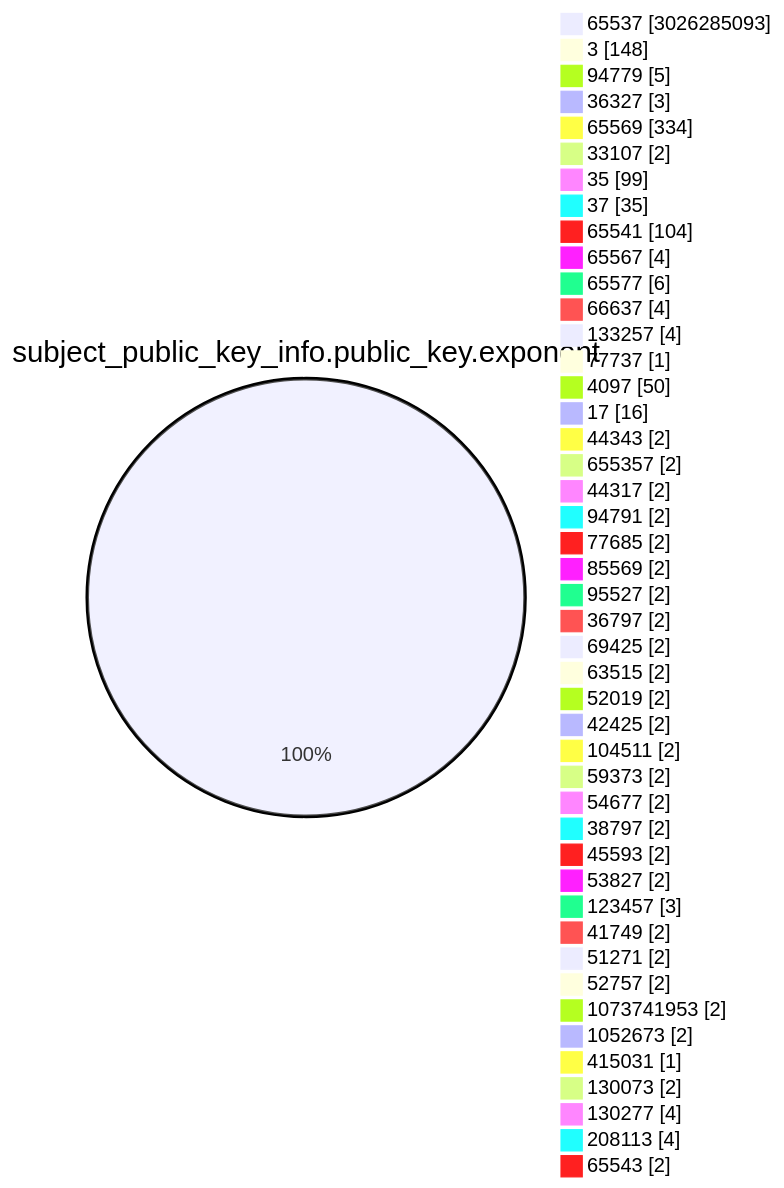
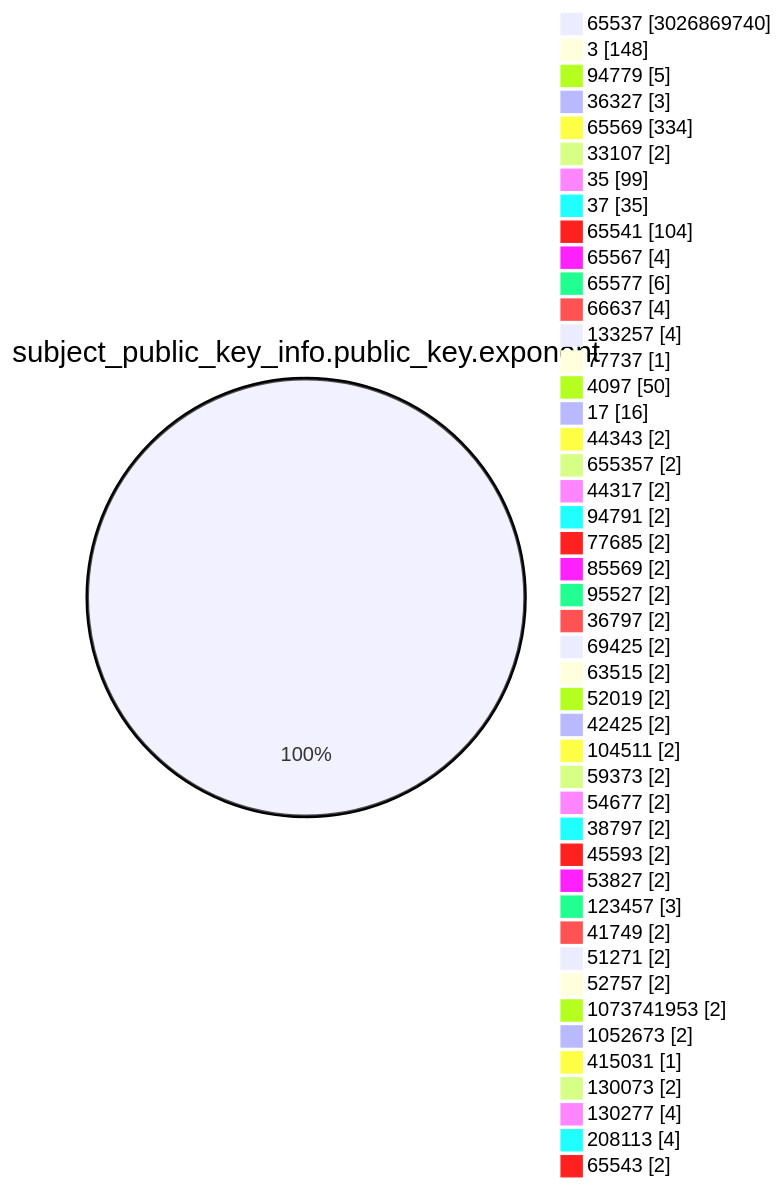
The fourth of 15 diagrams in TOTAL/README.md (christiankrug/ctmonitor_visualization), drawn with Mermaid before and after one commit. The commit also changed other lines of this file, not shown here.

````diff
--- a/TOTAL/README.md
+++ b/TOTAL/README.md
@@ -1473,49 +1473,49 @@
 ```mermaid
 pie showData
 title subject_public_key_info.public_key.exponent
-"65537" :3026285093
+"65537" :3026869740
 "3" :148
 "94779" :5
 "36327" :3
 "65569" :334
 "33107" :2
 "35" :99
 "37" :35
 "65541" :104
 "65567" :4
 "65577" :6
 "66637" :4
 "133257" :4
 "77737" :1
 "4097" :50
 "17" :16
 "44343" :2
 "655357" :2
 "44317" :2
 "94791" :2
 "77685" :2
 "85569" :2
 "95527" :2
 "36797" :2
 "69425" :2
 "63515" :2
 "52019" :2
 "42425" :2
 "104511" :2
 "59373" :2
 "54677" :2
 "38797" :2
 "45593" :2
 "53827" :2
 "123457" :3
 "41749" :2
 "51271" :2
 "52757" :2
 "1073741953" :2
 "1052673" :2
 "415031" :1
 "130073" :2
 "130277" :4
 "208113" :4
 "65543" :2
 ```
````
